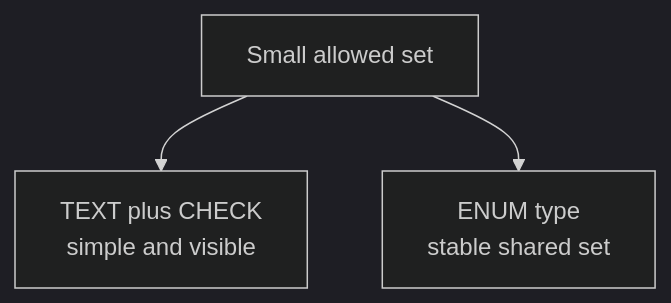
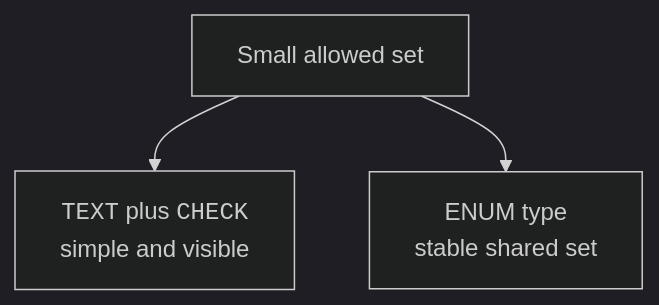
The fourth of 5 diagrams in content/courses/database-design-postgresql/choosing-data-types.mdx (dataslope/dataslope), drawn with Mermaid (dark theme) before and after one commit. The commit also changed other lines of this file and 52 other files, not shown here.

First line of the commit message:
Set SQL keywords in mermaid labels as code, and 10 more breakdowns

````diff
--- a/content/courses/database-design-postgresql/choosing-data-types.mdx
+++ b/content/courses/database-design-postgresql/choosing-data-types.mdx
@@ -219,5 +219,5 @@
 ```mermaid
 flowchart TB
-    Choice["Small allowed set"] --> Check["TEXT plus CHECK<br/>simple and visible"]
+    Choice["Small allowed set"] --> Check["<code>TEXT</code> plus <code>CHECK</code><br/>simple and visible"]
     Choice --> Enum["ENUM type<br/>stable shared set"]
 ```
````
